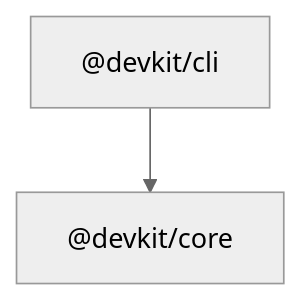
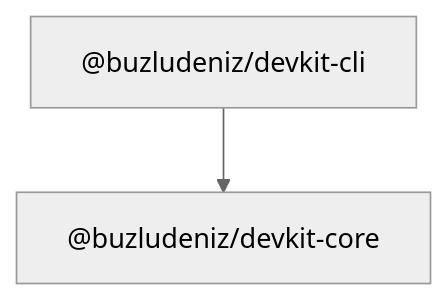
The diagram in docs/architecture.md (buzludeniz/devkit), drawn with Mermaid (neutral theme) before and after one commit. The commit also changed other lines of this file and 51 other files, not shown here.

First line of the commit message:
Fix built CLI crash (ESM), rename to @buzludeniz scope, update CI actions and Node (#18)

````diff
--- a/docs/architecture.md
+++ b/docs/architecture.md
@@ -8,4 +8,4 @@
 ```mermaid
 graph TD
-  _devkit_cli["@devkit/cli"] --> _devkit_core["@devkit/core"]
+  _buzludeniz_devkit_cli["@buzludeniz/devkit-cli"] --> _buzludeniz_devkit_core["@buzludeniz/devkit-core"]
 ```
````
